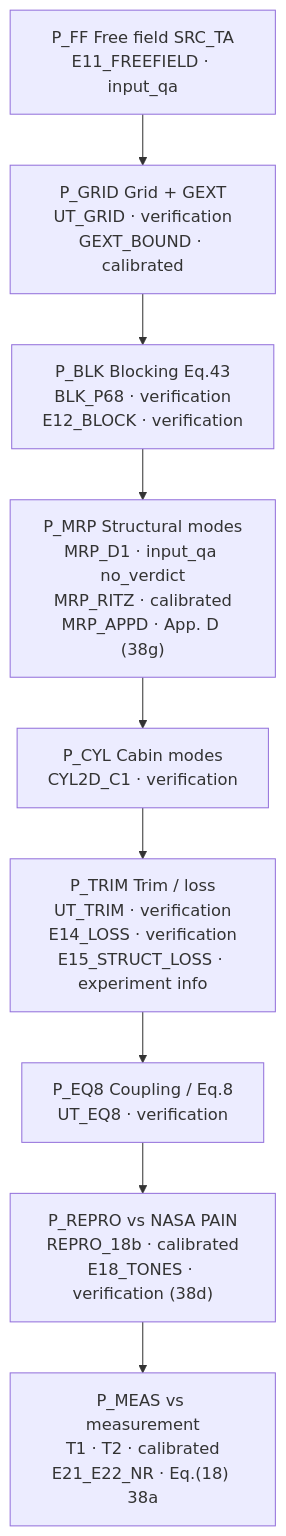
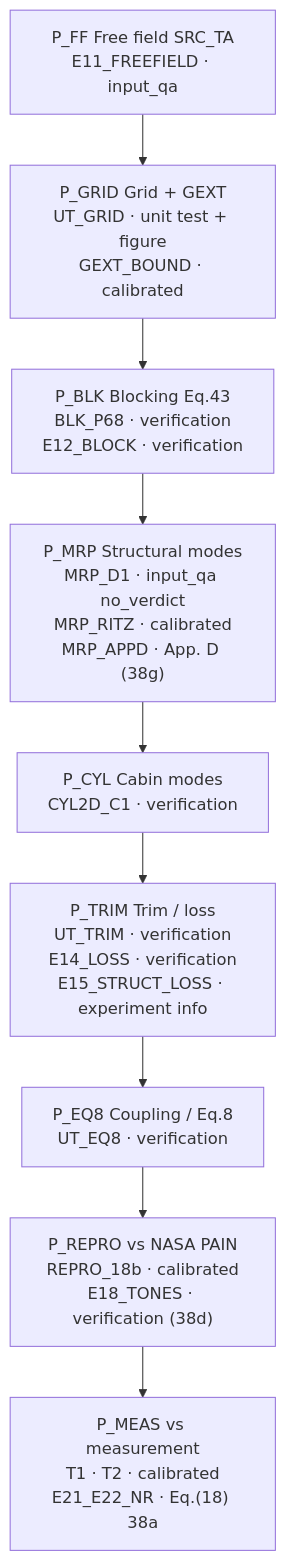
Before and after one commit to hoangf1/PAIN: the fifth of 6 diagrams in rea-work/docs/flowchart.md, drawn with Mermaid. The commit also changed other lines of this file and 12 other files, not shown here.

Commit message:
Plain-language explanations with inputs/equations/outputs for all validation cases; UT_GRID runnable case with figure

````diff
--- a/rea-work/docs/flowchart.md
+++ b/rea-work/docs/flowchart.md
@@ -237,14 +237,14 @@
 ```mermaid
 flowchart TB
     P_FF["P_FF Free field SRC_TA<br/>E11_FREEFIELD · input_qa"]
-    P_GRID["P_GRID Grid + GEXT<br/>UT_GRID · verification<br/>GEXT_BOUND · calibrated"]
+    P_GRID["P_GRID Grid + GEXT<br/>UT_GRID · unit test + figure<br/>GEXT_BOUND · calibrated"]
     P_BLK["P_BLK Blocking Eq.43<br/>BLK_P68 · verification<br/>E12_BLOCK · verification"]
     P_MRP["P_MRP Structural modes<br/>MRP_D1 · input_qa no_verdict<br/>MRP_RITZ · calibrated<br/>MRP_APPD · App. D (38g)"]
     P_CYL["P_CYL Cabin modes<br/>CYL2D_C1 · verification"]
     P_TRIM["P_TRIM Trim / loss<br/>UT_TRIM · verification<br/>E14_LOSS · verification<br/>E15_STRUCT_LOSS · experiment info"]
     P_EQ8["P_EQ8 Coupling / Eq.8<br/>UT_EQ8 · verification"]
     P_REPRO["P_REPRO vs NASA PAIN<br/>REPRO_18b · calibrated<br/>E18_TONES · verification (38d)"]
     P_MEAS["P_MEAS vs measurement<br/>T1 · T2 · calibrated<br/>E21_E22_NR · Eq.(18) 38a"]
 
     P_FF --> P_GRID --> P_BLK --> P_MRP --> P_CYL --> P_TRIM --> P_EQ8 --> P_REPRO --> P_MEAS
 ```
````
